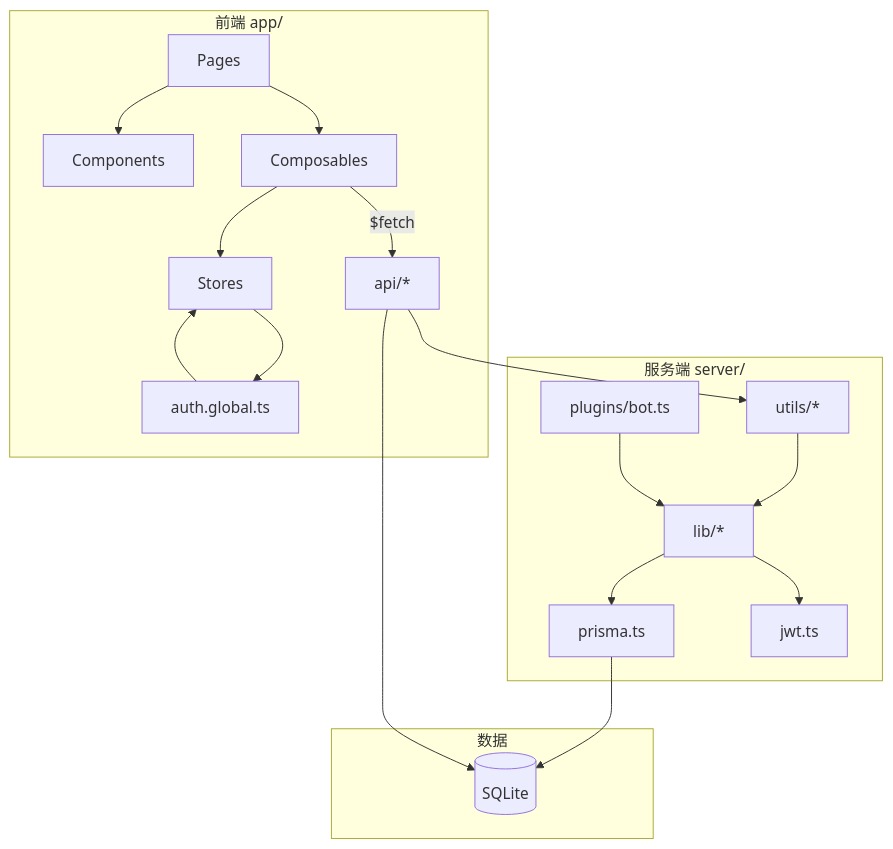
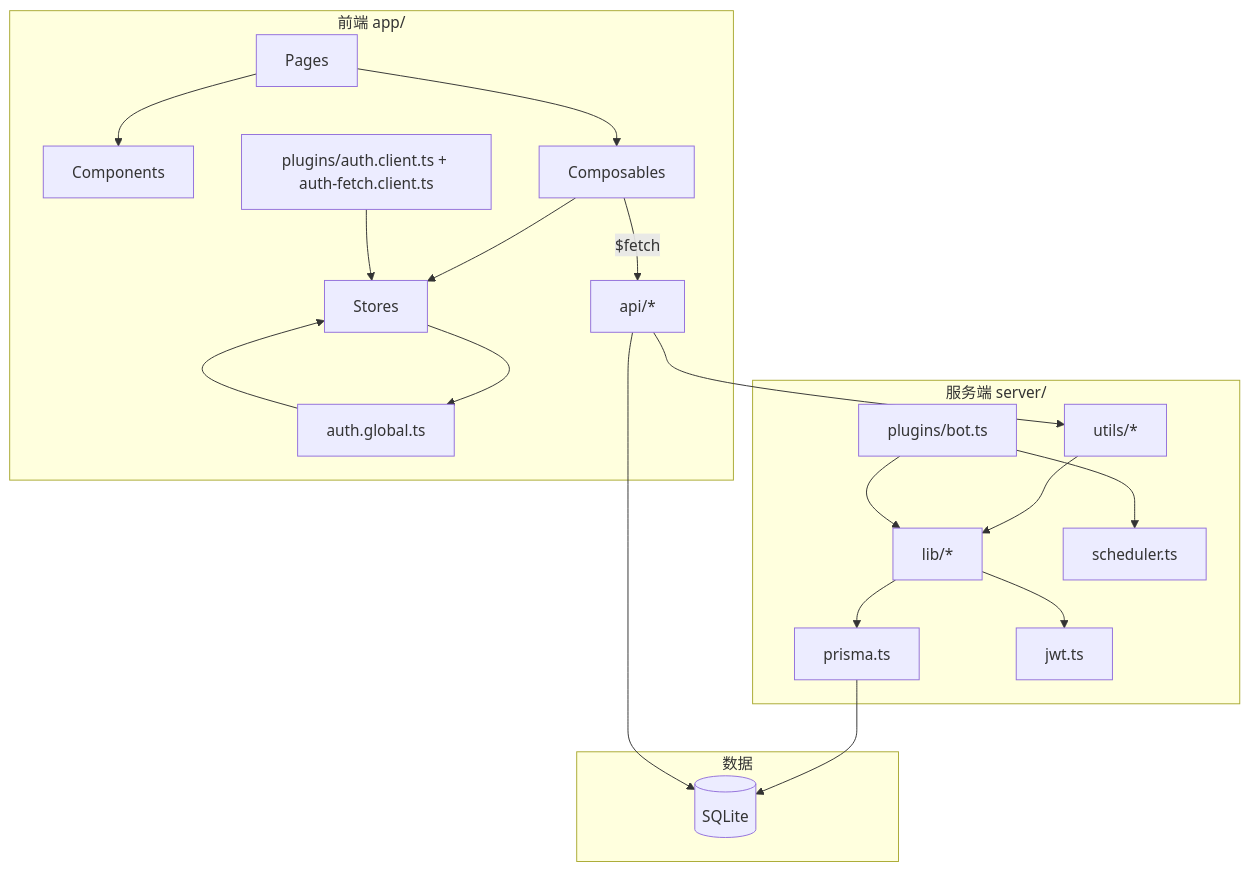
The fourth of 5 diagrams in CODE_WIKI.md (Sage-administrator/Debate-Realm), drawn with Mermaid before and after one commit. The commit also changed other lines of this file and 158 other files, not shown here.

````diff
--- a/CODE_WIKI.md
+++ b/CODE_WIKI.md
@@ -297,25 +389,27 @@
 ```mermaid
 graph TD
   subgraph FE["前端 app/"]
     Pages --> Components
     Pages --> Composables
     Composables --> Stores
     Composables -->|"$fetch"| API
     MW[auth.global.ts] --> Stores
+    Plugins[plugins/auth.client.ts + auth-fetch.client.ts] --> Stores
+    Stores --> MW
   end
 
   subgraph SE["服务端 server/"]
     API[api/*] --> Utils[utils/*]
     Utils --> Lib[lib/*]
     Lib --> PR[prisma.ts]
     Lib --> JWT[jwt.ts]
     Plugin[plugins/bot.ts] --> Lib
+    Plugin --> Scheduler[scheduler.ts]
   end
 
   subgraph DB["数据"]
     PR --> Schema[("SQLite")]
   end
 
-  Stores --> MW
   API --> Schema
 ```
````
